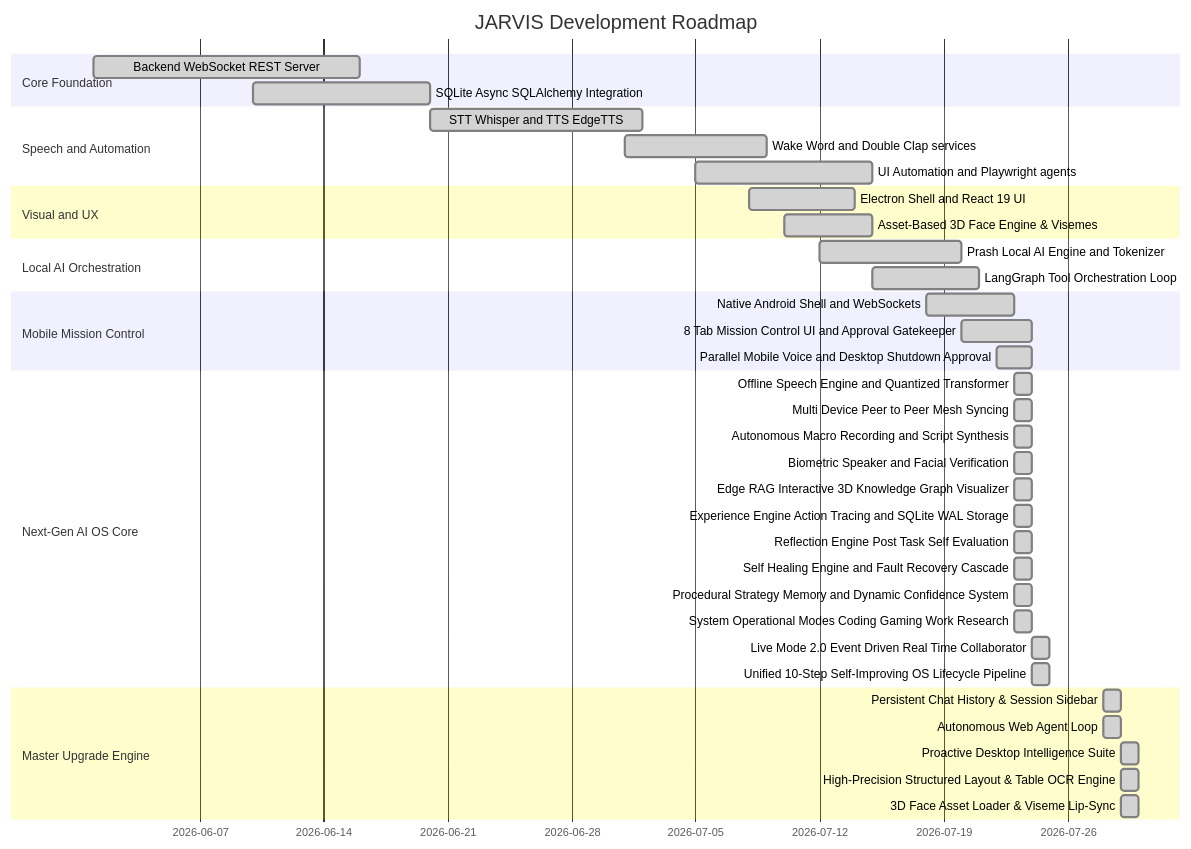
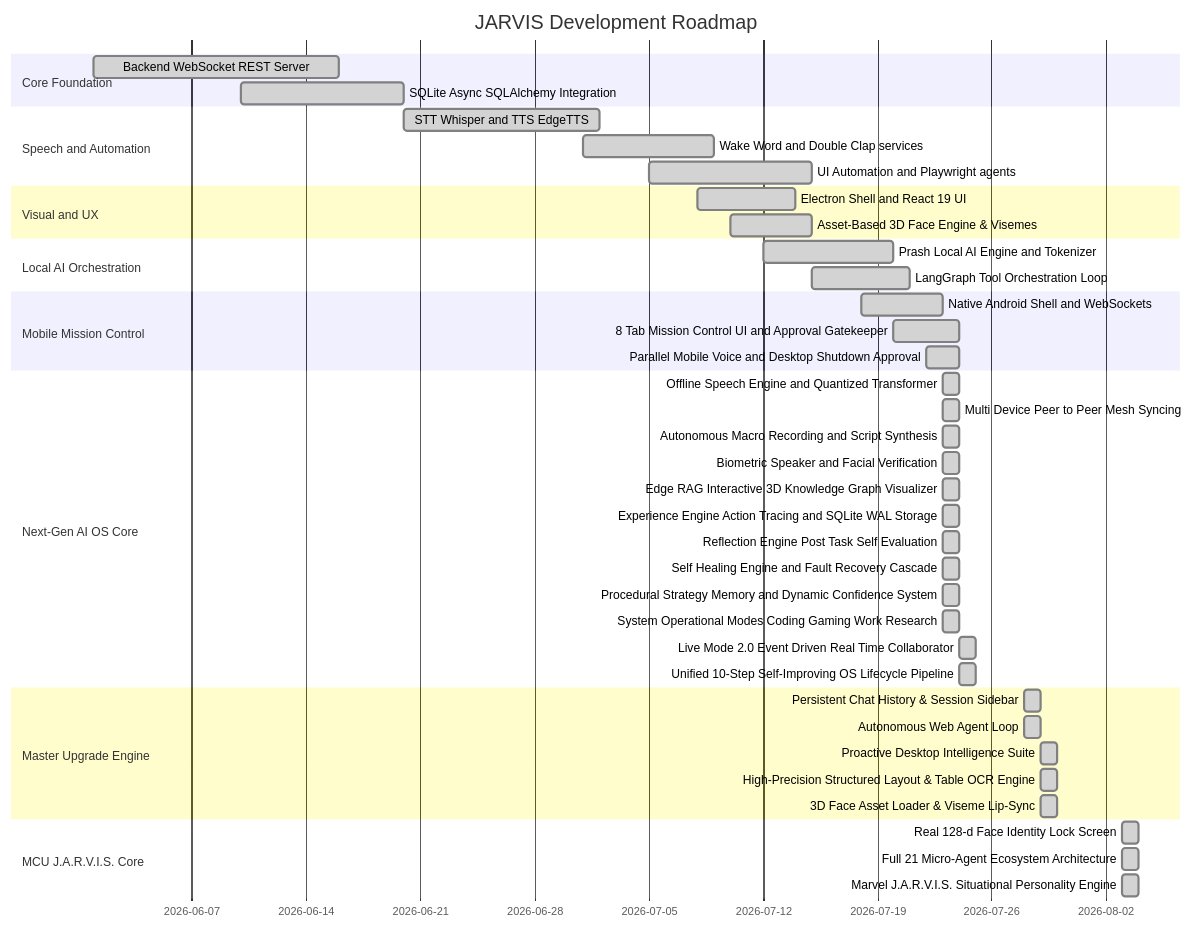
One commit to Ashrit-Raghupatruni/JARVIS changed the diagram in documentations/uptodate.md. Above: the diagram before and after it, drawn with Mermaid. The commit also changed other lines of this file and 44 other files, not shown here.

Commit message:
feat(jarvis): Full MCU AI OS upgrade - 21 micro-agents, face lock, event bus subscribers, wake word hardware listener, live mode phases 0-3

````diff
--- a/documentations/uptodate.md
+++ b/documentations/uptodate.md
@@ -9,41 +9,45 @@
 ```mermaid
 gantt
     title JARVIS Development Roadmap
     dateFormat YYYY-MM-DD
     section Core Foundation
     Backend WebSocket REST Server :done, t1_1, 2026-06-01, 15d
     SQLite Async SQLAlchemy Integration :done, t1_2, 2026-06-10, 10d
     section Speech and Automation
     STT Whisper and TTS EdgeTTS :done, t2_1, 2026-06-20, 12d
     Wake Word and Double Clap services :done, t2_2, 2026-07-01, 8d
     UI Automation and Playwright agents :done, t2_3, 2026-07-05, 10d
     section Visual and UX
     Electron Shell and React 19 UI :done, t3_1, 2026-07-08, 6d
     Asset-Based 3D Face Engine & Visemes :done, t3_2, 2026-07-10, 5d
     section Local AI Orchestration
     Prash Local AI Engine and Tokenizer :done, t4_1, 2026-07-12, 8d
     LangGraph Tool Orchestration Loop :done, t4_2, 2026-07-15, 6d
     section Mobile Mission Control
     Native Android Shell and WebSockets :done, t5_1, 2026-07-18, 5d
     8 Tab Mission Control UI and Approval Gatekeeper :done, t5_2, 2026-07-20, 4d
     Parallel Mobile Voice and Desktop Shutdown Approval :done, t5_3, 2026-07-22, 2d
     section Next-Gen AI OS Core
     Offline Speech Engine and Quantized Transformer :done, t6_1, 2026-07-23, 1d
     Multi Device Peer to Peer Mesh Syncing :done, t6_2, 2026-07-23, 1d
     Autonomous Macro Recording and Script Synthesis :done, t6_3, 2026-07-23, 1d
     Biometric Speaker and Facial Verification :done, t6_4, 2026-07-23, 1d
     Edge RAG Interactive 3D Knowledge Graph Visualizer :done, t6_5, 2026-07-23, 1d
     Experience Engine Action Tracing and SQLite WAL Storage :done, t6_6, 2026-07-23, 1d
     Reflection Engine Post Task Self Evaluation :done, t6_7, 2026-07-23, 1d
     Self Healing Engine and Fault Recovery Cascade :done, t6_8, 2026-07-23, 1d
     Procedural Strategy Memory and Dynamic Confidence System :done, t6_9, 2026-07-23, 1d
     System Operational Modes Coding Gaming Work Research :done, t6_10, 2026-07-23, 1d
     Live Mode 2.0 Event Driven Real Time Collaborator :done, t6_11, 2026-07-24, 1d
     Unified 10-Step Self-Improving OS Lifecycle Pipeline :done, t6_12, 2026-07-24, 1d
     section Master Upgrade Engine
     Persistent Chat History & Session Sidebar :done, t7_1, 2026-07-28, 1d
     Autonomous Web Agent Loop :done, t7_2, 2026-07-28, 1d
     Proactive Desktop Intelligence Suite :done, t7_3, 2026-07-29, 1d
     High-Precision Structured Layout & Table OCR Engine :done, t7_4, 2026-07-29, 1d
     3D Face Asset Loader & Viseme Lip-Sync :done, t7_5, 2026-07-29, 1d
+    section MCU J.A.R.V.I.S. Core
+    Real 128-d Face Identity Lock Screen :done, t8_1, 2026-08-03, 1d
+    Full 21 Micro-Agent Ecosystem Architecture :done, t8_2, 2026-08-03, 1d
+    Marvel J.A.R.V.I.S. Situational Personality Engine :done, t8_3, 2026-08-03, 1d
 ```
````
